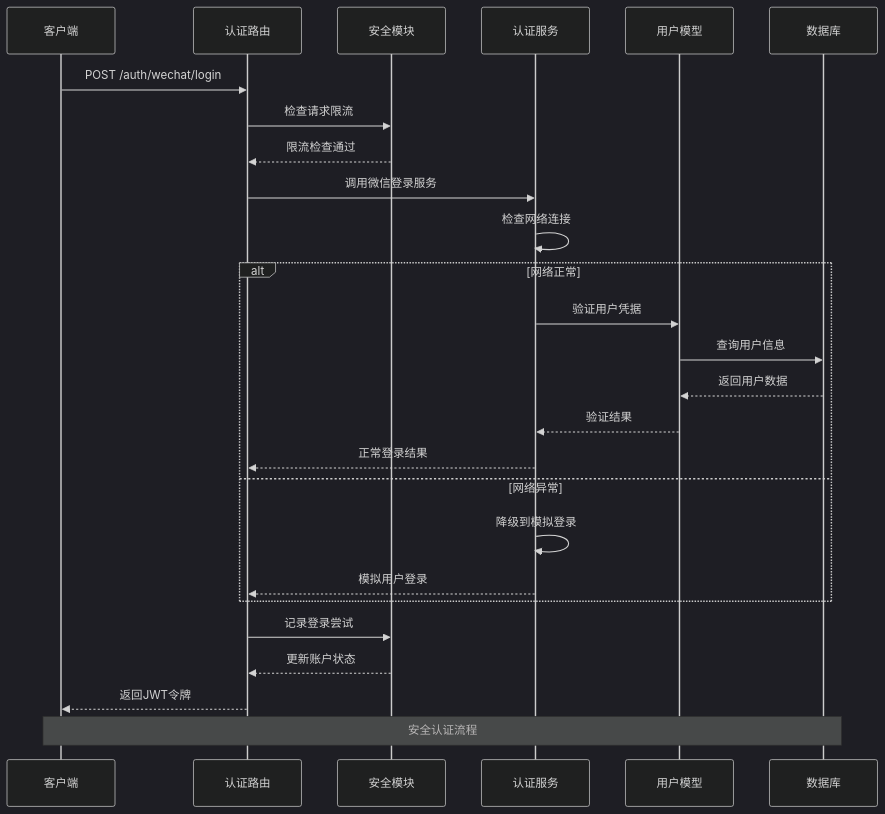
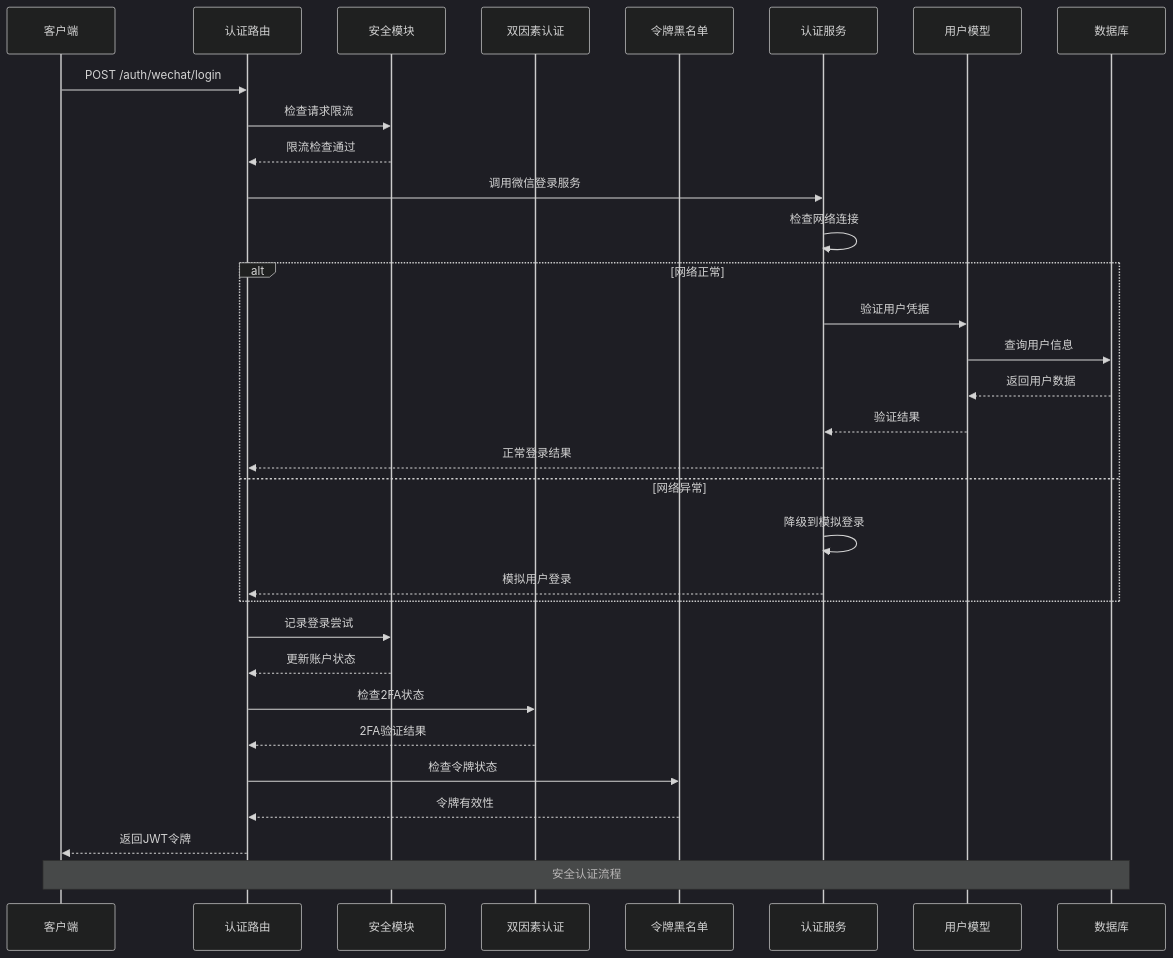
The second of 14 diagrams in .qoder/repowiki/zh/content/Security Enhancements.md (guyuefangyuanl/Over-the-counter-options), drawn with Mermaid (dark theme) before and after one commit. The commit also changed other lines of this file and 29 other files, not shown here.

````diff
--- a/.qoder/repowiki/zh/content/Security Enhancements.md
+++ b/.qoder/repowiki/zh/content/Security Enhancements.md
@@ -205,28 +311,34 @@
 ```mermaid
 sequenceDiagram
 participant Client as 客户端
 participant AuthRoute as 认证路由
 participant Security as 安全模块
+participant TwoFactorAuth as 双因素认证
+participant TokenBlacklist as 令牌黑名单
 participant AuthService as 认证服务
 participant UserModel as 用户模型
 participant Database as 数据库
 Client->>AuthRoute : POST /auth/wechat/login
 AuthRoute->>Security : 检查请求限流
 Security-->>AuthRoute : 限流检查通过
 AuthRoute->>AuthService : 调用微信登录服务
 AuthService->>AuthService : 检查网络连接
 alt 网络正常
 AuthService->>UserModel : 验证用户凭据
 UserModel->>Database : 查询用户信息
 Database-->>UserModel : 返回用户数据
 UserModel-->>AuthService : 验证结果
 AuthService-->>AuthRoute : 正常登录结果
 else 网络异常
 AuthService->>AuthService : 降级到模拟登录
 AuthService-->>AuthRoute : 模拟用户登录
 end
 AuthRoute->>Security : 记录登录尝试
 Security-->>AuthRoute : 更新账户状态
+AuthRoute->>TwoFactorAuth : 检查2FA状态
+TwoFactorAuth-->>AuthRoute : 2FA验证结果
+AuthRoute->>TokenBlacklist : 检查令牌状态
+TokenBlacklist-->>AuthRoute : 令牌有效性
 AuthRoute-->>Client : 返回JWT令牌
 Note over Client,Database : 安全认证流程
 ```
````
